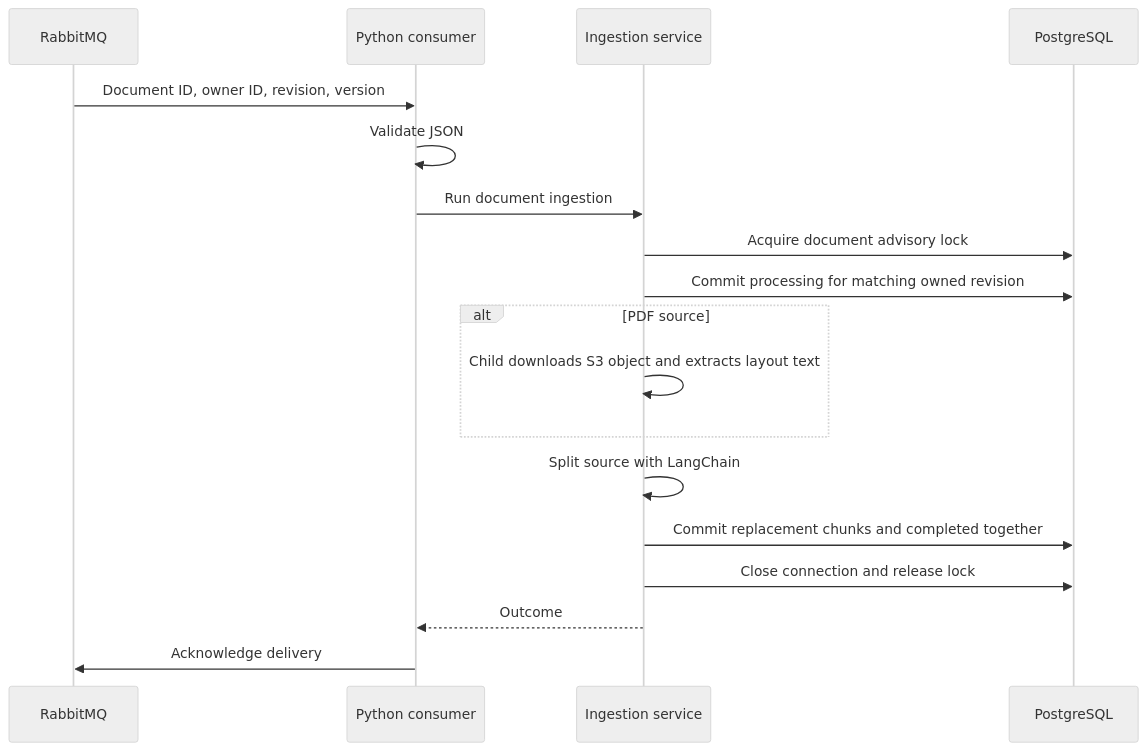
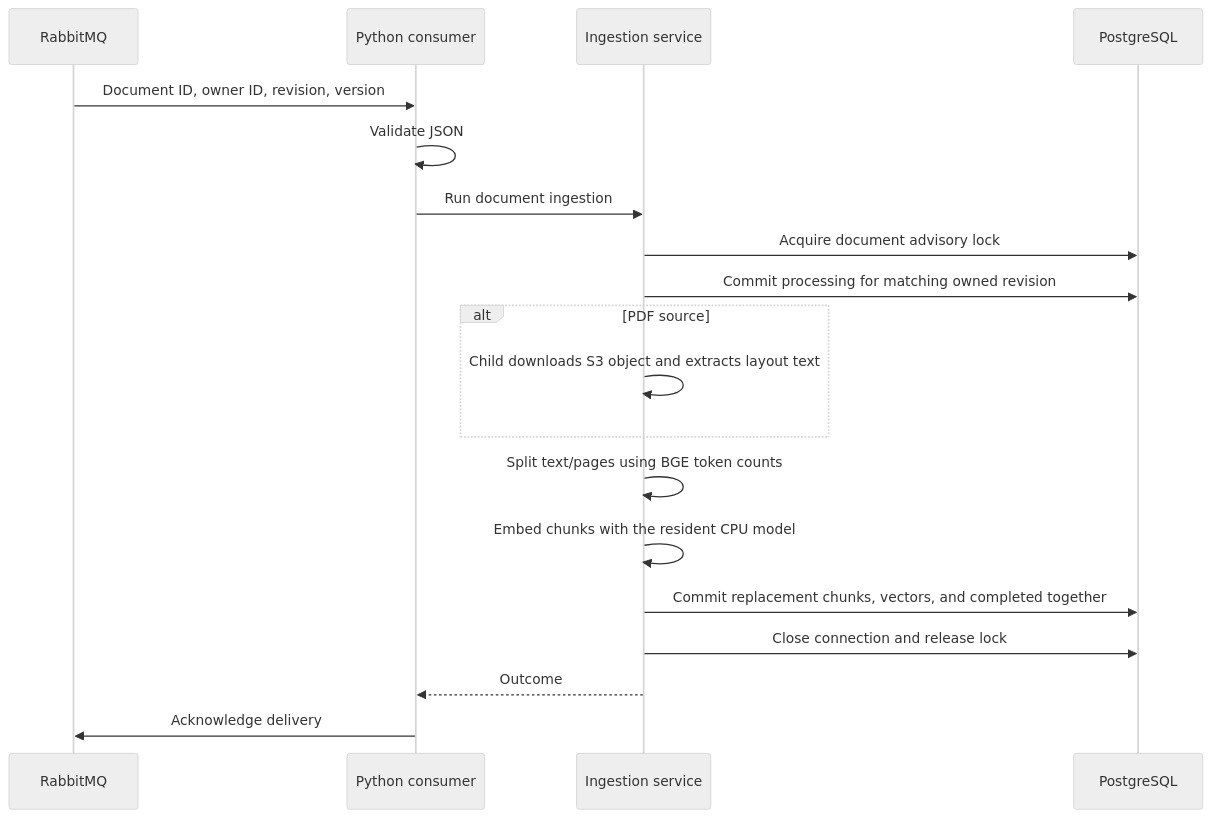
The first of 2 diagrams in docs/architecture.md (filipe-mendes-dev/ragnarok), drawn with Mermaid (neutral theme) before and after one commit. The commit also changed other lines of this file and 2 other files, not shown here.

Commit message:
feat: update architecture and product requirements to reflect local embedding integration and new ingestion processes

````diff
--- a/docs/architecture.md
+++ b/docs/architecture.md
@@ -383,20 +416,21 @@
 ```mermaid
 sequenceDiagram
     participant Q as RabbitMQ
     participant W as Python consumer
     participant S as Ingestion service
     participant DB as PostgreSQL
     Q->>W: Document ID, owner ID, revision, version
     W->>W: Validate JSON
     W->>S: Run document ingestion
     S->>DB: Acquire document advisory lock
     S->>DB: Commit processing for matching owned revision
     alt PDF source
         S->>S: Child downloads S3 object and extracts layout text
     end
-    S->>S: Split source with LangChain
-    S->>DB: Commit replacement chunks and completed together
+    S->>S: Split text/pages using BGE token counts
+    S->>S: Embed chunks with the resident CPU model
+    S->>DB: Commit replacement chunks, vectors, and completed together
     S->>DB: Close connection and release lock
     S-->>W: Outcome
     W->>Q: Acknowledge delivery
 ```
````
